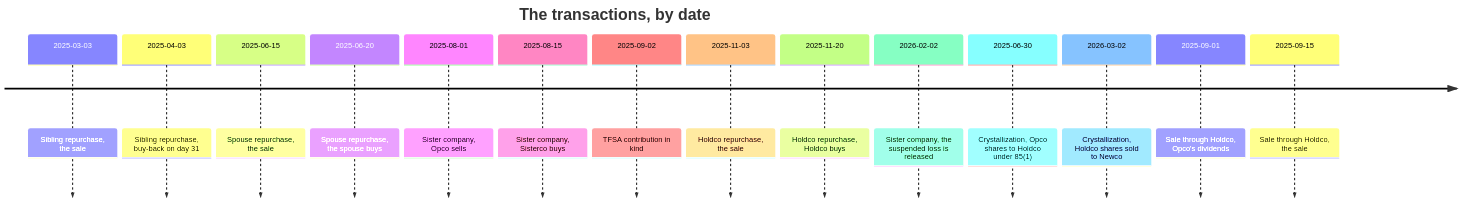
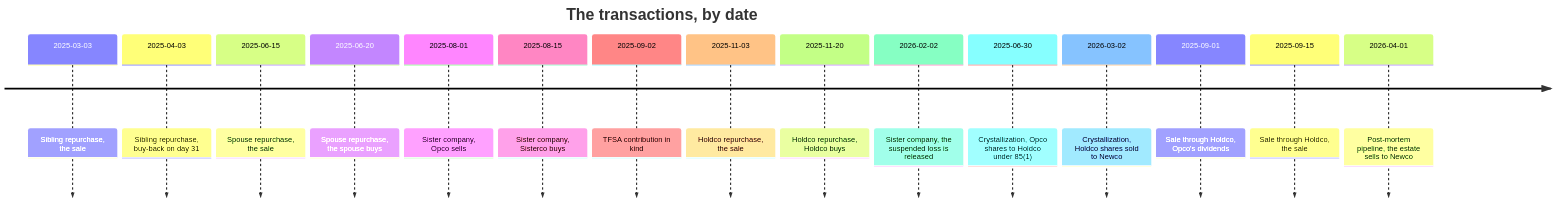
The third of 4 diagrams in docs/graphs/dashboard.md (SeanWMurray/Canteen), drawn with Mermaid before and after one commit. The commit also changed other lines of this file and 10 other files, not shown here.

First line of the commit message:
Add a transaction: a post-mortem pipeline

````diff
--- a/docs/graphs/dashboard.md
+++ b/docs/graphs/dashboard.md
@@ -51,18 +51,19 @@
 ```mermaid
 timeline
     title The transactions, by date
     2025-03-03 : Sibling repurchase, the sale
     2025-04-03 : Sibling repurchase, buy-back on day 31
     2025-06-15 : Spouse repurchase, the sale
     2025-06-20 : Spouse repurchase, the spouse buys
     2025-08-01 : Sister company, Opco sells
     2025-08-15 : Sister company, Sisterco buys
     2025-09-02 : TFSA contribution in kind
     2025-11-03 : Holdco repurchase, the sale
     2025-11-20 : Holdco repurchase, Holdco buys
     2026-02-02 : Sister company, the suspended loss is released
     2025-06-30 : Crystallization, Opco shares to Holdco under 85(1)
     2026-03-02 : Crystallization, Holdco shares sold to Newco
     2025-09-01 : Sale through Holdco, Opco's dividends
     2025-09-15 : Sale through Holdco, the sale
+    2026-04-01 : Post-mortem pipeline, the estate sells to Newco
 ```
````
